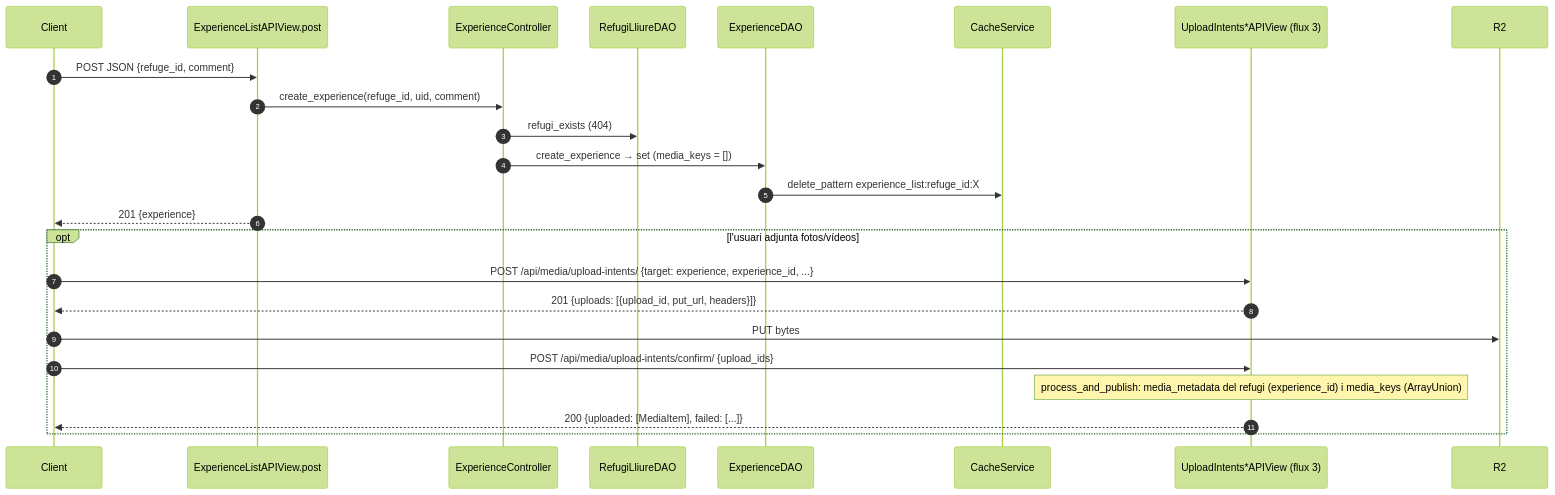
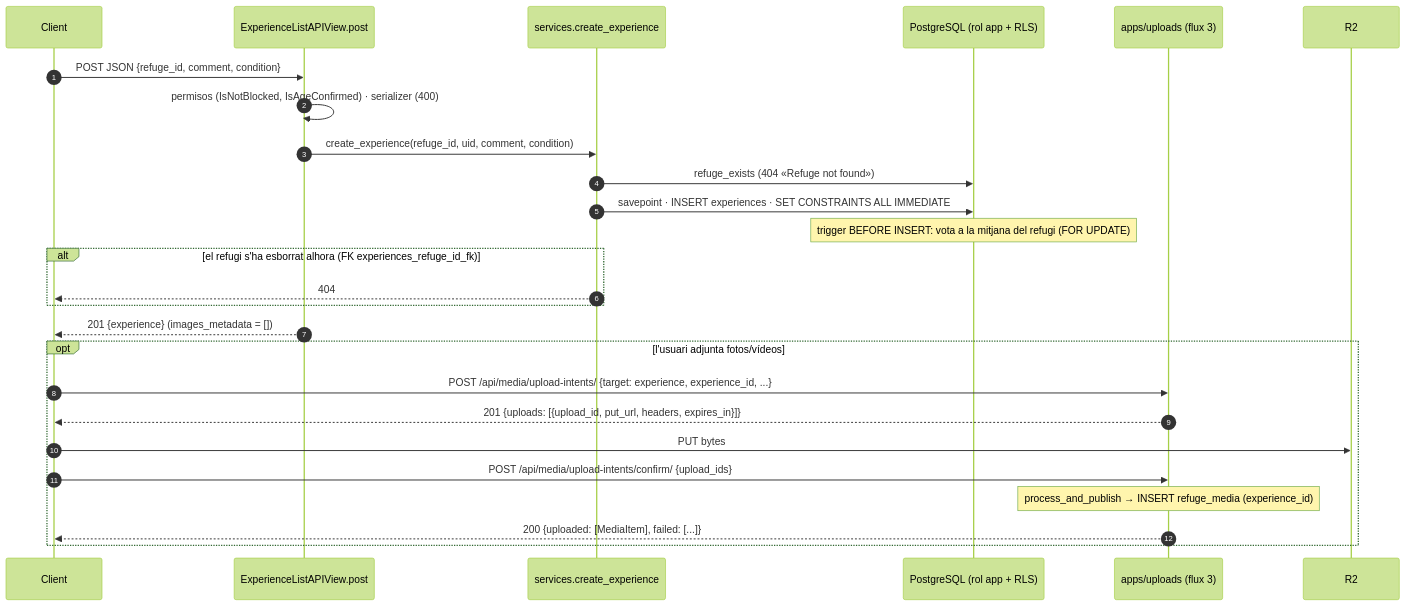
The diagram in docs/flows/08-experiences.md (jordirev/RefugisLliures_Backend), drawn with Mermaid (forest theme) before and after one commit. The commit also changed other lines of this file, not shown here.

Commit message:
[Experiencies] docs: flux 8 reescrit per a apps/experiences (PostgreSQL)

````diff
--- a/docs/flows/08-experiences.md
+++ b/docs/flows/08-experiences.md
@@ -21,27 +32,29 @@
 ```mermaid
 sequenceDiagram
     autonumber
     participant C as Client
     participant V as ExperienceListAPIView.post
-    participant EC as ExperienceController
-    participant RD as RefugiLliureDAO
-    participant ED as ExperienceDAO
-    participant K as CacheService
-    participant M as UploadIntents*APIView (flux 3)
+    participant SV as services.create_experience
+    participant DB as PostgreSQL (rol app + RLS)
+    participant M as apps/uploads (flux 3)
     participant R2 as R2
 
-    C->>V: POST JSON {refuge_id, comment}
-    V->>EC: create_experience(refuge_id, uid, comment)
-    EC->>RD: refugi_exists (404)
-    EC->>ED: create_experience → set (media_keys = [])
-    ED->>K: delete_pattern experience_list:refuge_id:X
-    V-->>C: 201 {experience}
+    C->>V: POST JSON {refuge_id, comment, condition}
+    V->>V: permisos (IsNotBlocked, IsAgeConfirmed) · serializer (400)
+    V->>SV: create_experience(refuge_id, uid, comment, condition)
+    SV->>DB: refuge_exists (404 «Refuge not found»)
+    SV->>DB: savepoint · INSERT experiences · SET CONSTRAINTS ALL IMMEDIATE
+    Note over DB: trigger BEFORE INSERT: vota a la mitjana del refugi (FOR UPDATE)
+    alt el refugi s'ha esborrat alhora (FK experiences_refuge_id_fk)
+        SV-->>C: 404
+    end
+    V-->>C: 201 {experience} (images_metadata = [])
     opt l'usuari adjunta fotos/vídeos
         C->>M: POST /api/media/upload-intents/ {target: experience, experience_id, ...}
-        M-->>C: 201 {uploads: [{upload_id, put_url, headers}]}
+        M-->>C: 201 {uploads: [{upload_id, put_url, headers, expires_in}]}
         C->>R2: PUT bytes
         C->>M: POST /api/media/upload-intents/confirm/ {upload_ids}
-        Note over M: process_and_publish: media_metadata del refugi (experience_id) i media_keys (ArrayUnion)
+        Note over M: process_and_publish → INSERT refuge_media (experience_id)
         M-->>C: 200 {uploaded: [MediaItem], failed: [...]}
     end
 ```
````
